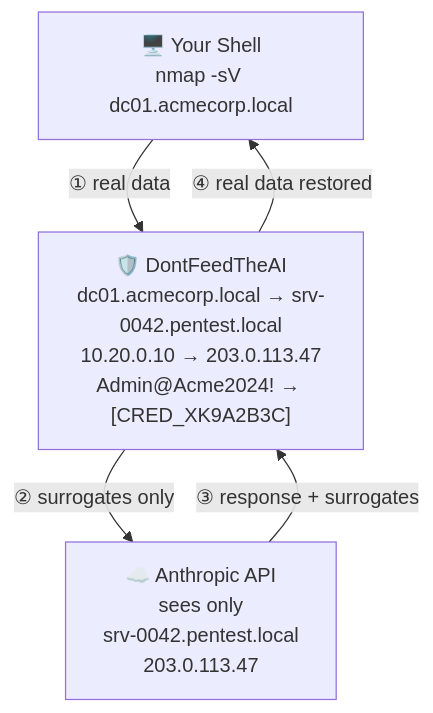
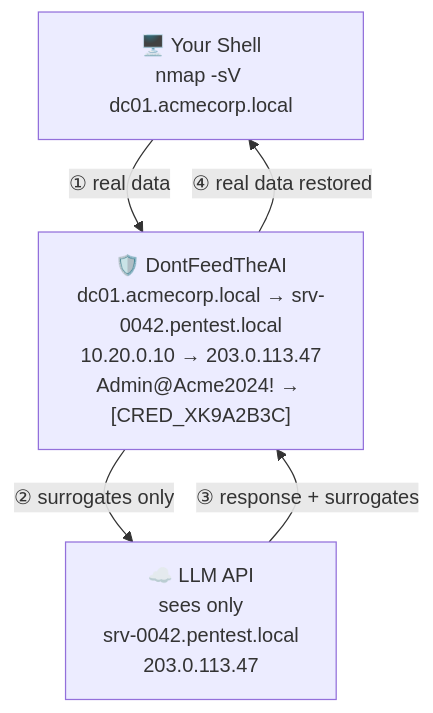
One commit to jaimegk/ProxIA changed the first of 5 diagrams in README.md. Above: the diagram before and after it, drawn with Mermaid. The commit also changed other lines of this file, not shown here.

First line of the commit message:
docs(readme): provider-agnostic diagrams, local quickstart, merge anti-cloud sections, add providers to docs table

````diff
--- a/README.md
+++ b/README.md
@@ -17,11 +17,11 @@
 ```mermaid
 flowchart TD
     shell["🖥️ Your Shell\nnmap -sV dc01.acmecorp.local"]
     proxy["🛡️ DontFeedTheAI\ndc01.acmecorp.local → srv-0042.pentest.local\n10.20.0.10 → 203.0.113.47\nAdmin@Acme2024! → [CRED_XK9A2B3C]"]
-    api["☁️ Anthropic API\nsees only\nsrv-0042.pentest.local\n203.0.113.47"]
+    api["☁️ LLM API\nsees only\nsrv-0042.pentest.local\n203.0.113.47"]
 
     shell -- "① real data" --> proxy
     proxy -- "② surrogates only" --> api
     api -- "③ response + surrogates" --> proxy
     proxy -- "④ real data restored" --> shell
 ```
````
